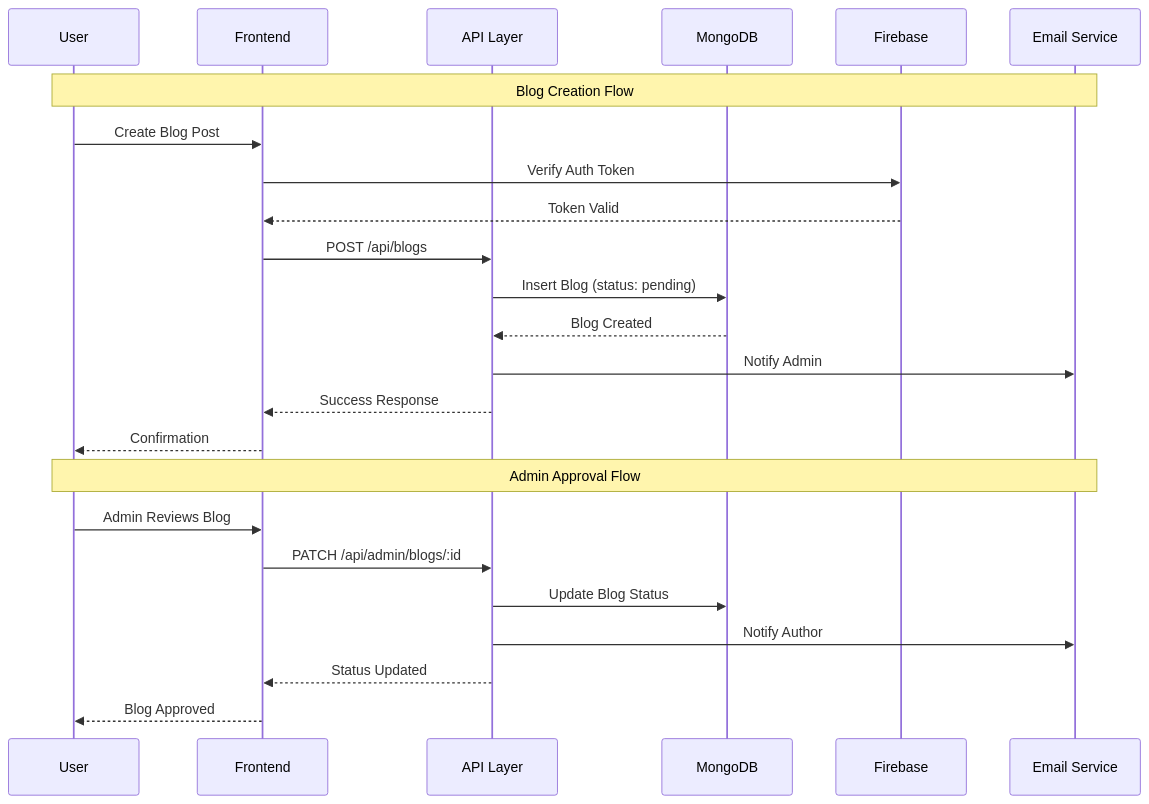
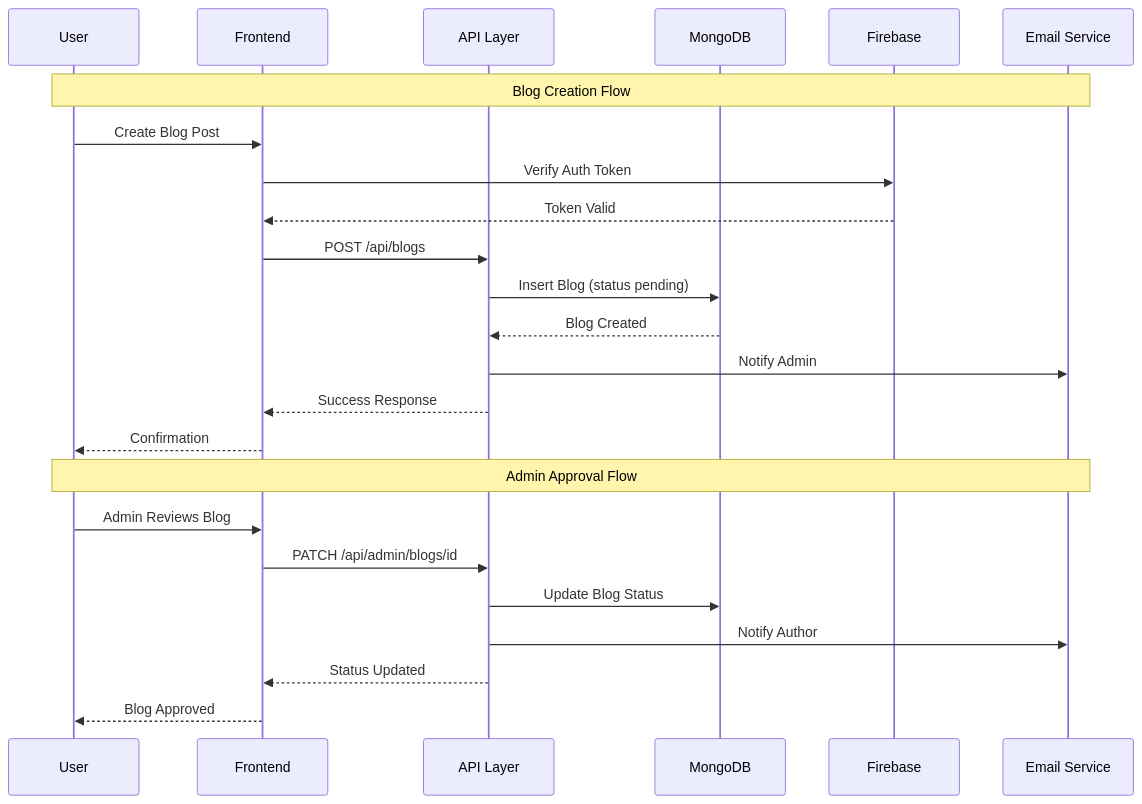
The second of 9 diagrams in README.md (choksi2212/blog-vibe), drawn with Mermaid before and after one commit. The commit also changed other lines of this file, not shown here.

Commit message:
blog-vibe

````diff
--- a/README.md
+++ b/README.md
@@ -156,28 +156,28 @@
 ```mermaid
 sequenceDiagram
     participant U as User
     participant F as Frontend
     participant A as API Layer
     participant DB as MongoDB
     participant FB as Firebase
     participant E as Email Service
     
     Note over U,E: Blog Creation Flow
     U->>F: Create Blog Post
     F->>FB: Verify Auth Token
     FB-->>F: Token Valid
     F->>A: POST /api/blogs
-    A->>DB: Insert Blog (status: pending)
+    A->>DB: Insert Blog (status pending)
     DB-->>A: Blog Created
     A->>E: Notify Admin
     A-->>F: Success Response
     F-->>U: Confirmation
     
     Note over U,E: Admin Approval Flow
     U->>F: Admin Reviews Blog
-    F->>A: PATCH /api/admin/blogs/:id
+    F->>A: PATCH /api/admin/blogs/id
     A->>DB: Update Blog Status
     A->>E: Notify Author
     A-->>F: Status Updated
     F-->>U: Blog Approved
 ```
````
